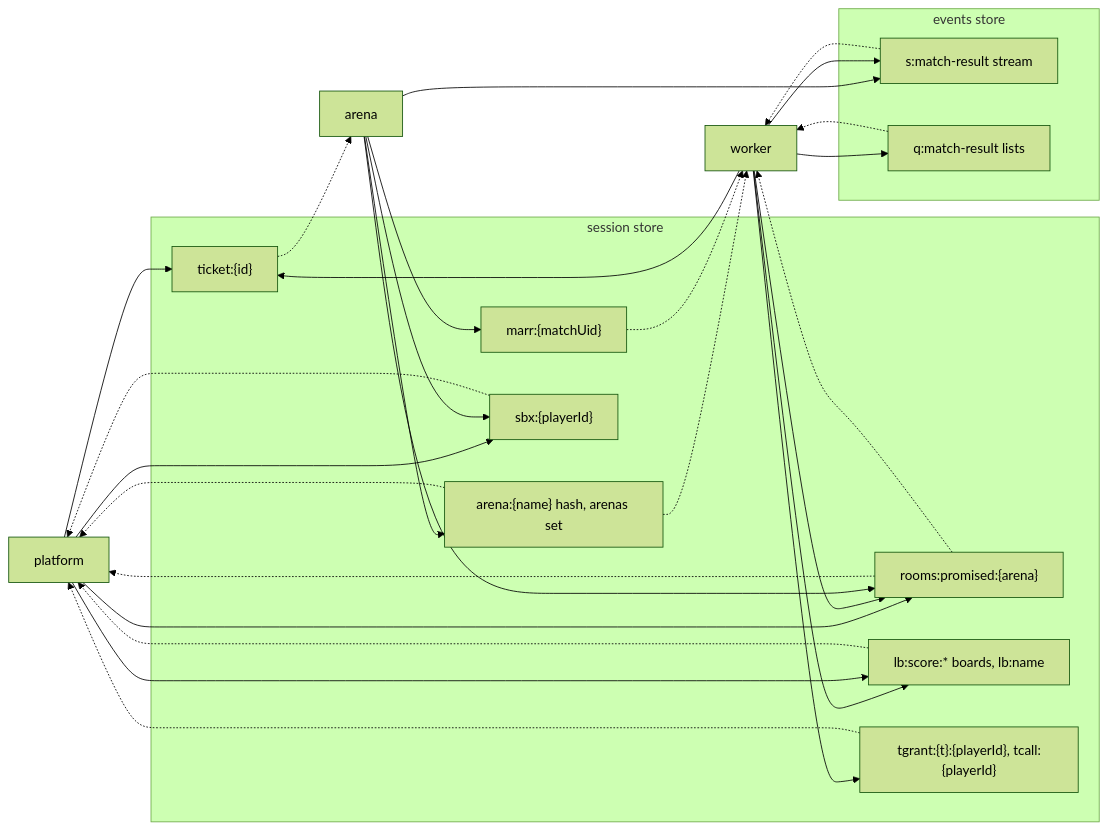
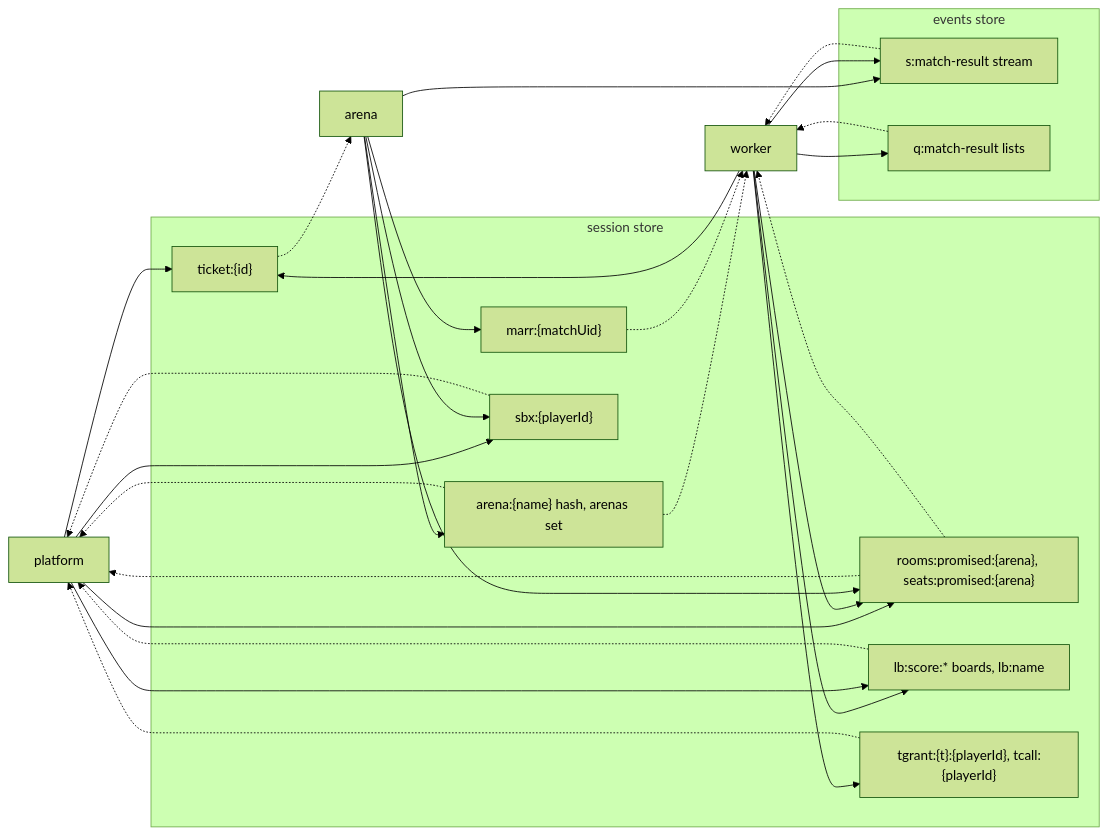
One commit to greensoft-atom/depio-simulation-platform changed the eighth of 8 diagrams in docs/diagrams/03-lobby-and-store.md. Above: the diagram before and after it, drawn with Mermaid (forest theme). The commit also changed other lines of this file and 21 other files, not shown here.

First line of the commit message:
fix(handoff, arena, platform): a burst of seats spread over the arenas; item 85, T-59, D-79

````diff
--- a/docs/diagrams/03-lobby-and-store.md
+++ b/docs/diagrams/03-lobby-and-store.md
@@ -257,45 +259,45 @@
 ```mermaid
 flowchart LR
     PL["platform"]
     WK["worker"]
     AR["arena"]
     subgraph session["session store"]
         K4["ticket:{id}"]
         K5["arena:{name} hash, arenas set"]
-        K6["rooms:promised:{arena}"]
+        K6["rooms:promised:{arena}, seats:promised:{arena}"]
         K8["lb:score:* boards, lb:name"]
         K9["marr:{matchUid}"]
         K10["sbx:{playerId}"]
         K11["tgrant:{t}:{playerId}, tcall:{playerId}"]
     end
     subgraph events["events store"]
         K12["s:match-result stream"]
         K13["q:match-result lists"]
     end
     PL --> K4
     WK --> K4
     K4 -.-> AR
     AR --> K5
     K5 -.-> PL
     K5 -.-> WK
     PL --> K6
     WK --> K6
     AR --> K6
     K6 -.-> PL
     K6 -.-> WK
     WK --> K8
     PL --> K8
     K8 -.-> PL
     AR --> K9
     K9 -.-> WK
     PL --> K10
     AR --> K10
     K10 -.-> PL
     WK --> K11
     K11 -.-> PL
     AR --> K12
     WK --> K12
     K12 -.-> WK
     WK --> K13
     K13 -.-> WK
 ```
````
